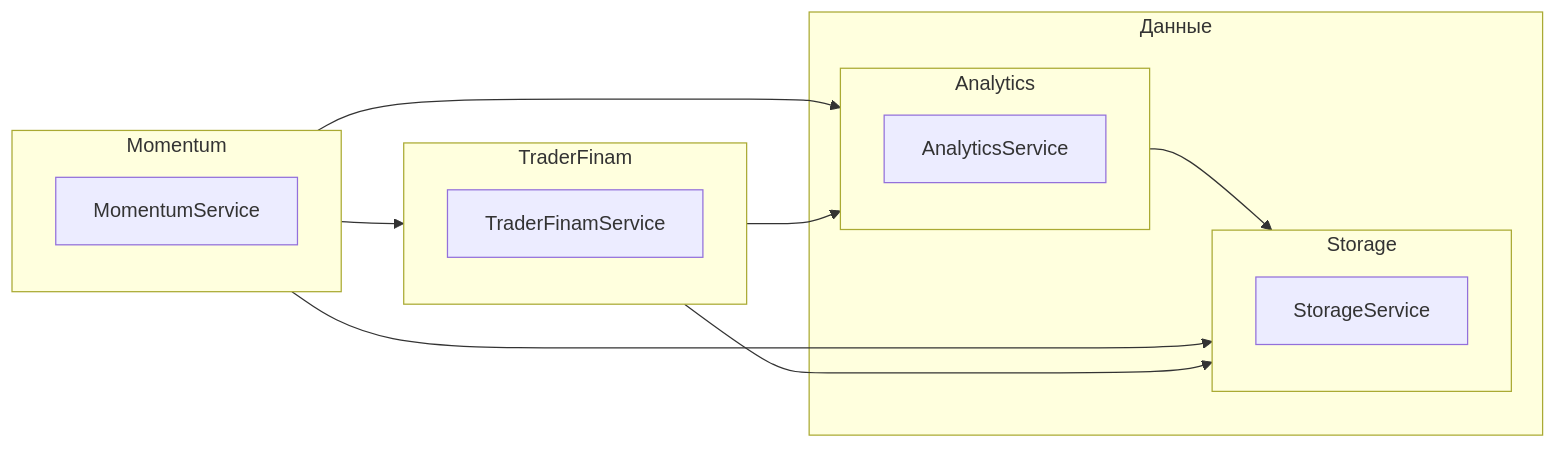
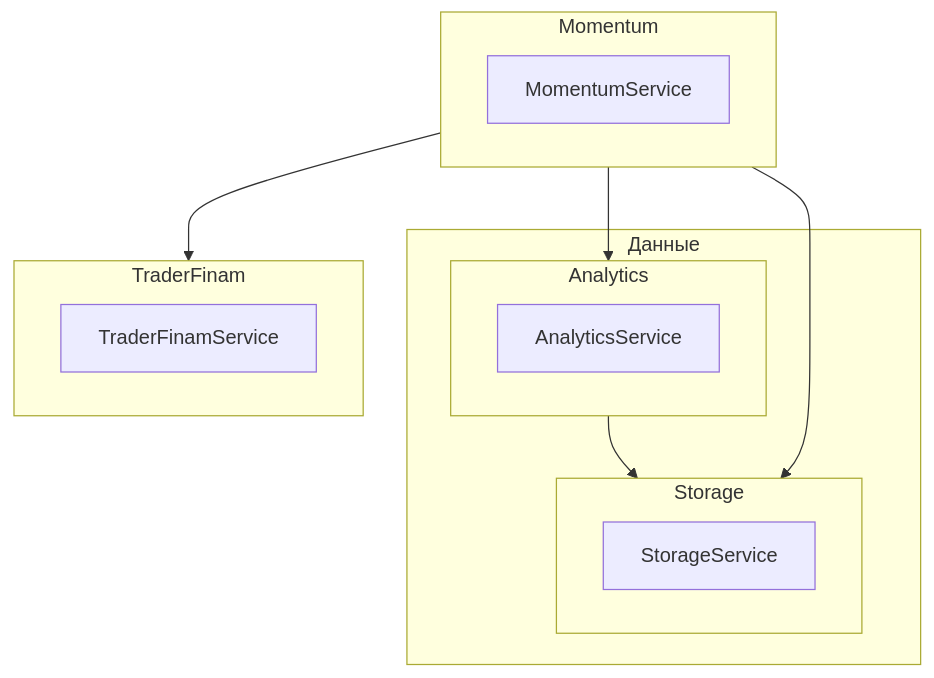
One commit to oid85/Oid85.FinMarket.KnowledgeBase changed the diagram in Сетевая схема.md. Above: the diagram before and after it, drawn with Mermaid.

````diff
--- a/Сетевая схема.md
+++ b/Сетевая схема.md
@@ -1,31 +1,28 @@
 ```mermaid
-flowchart LR
+flowchart TD
   subgraph Данные
     Storage
     Analytics
   end
 
   subgraph Storage
     StorageService
   end
 
   subgraph Analytics
     AnalyticsService
   end
 
   subgraph Momentum
     MomentumService
   end
 
   subgraph TraderFinam
     TraderFinamService    
   end
     Analytics-->Storage
 
     Momentum-->Storage
     Momentum-->Analytics
     Momentum-->TraderFinam
-    
-    TraderFinam-->Storage
-    TraderFinam-->Analytics
 ```
````
